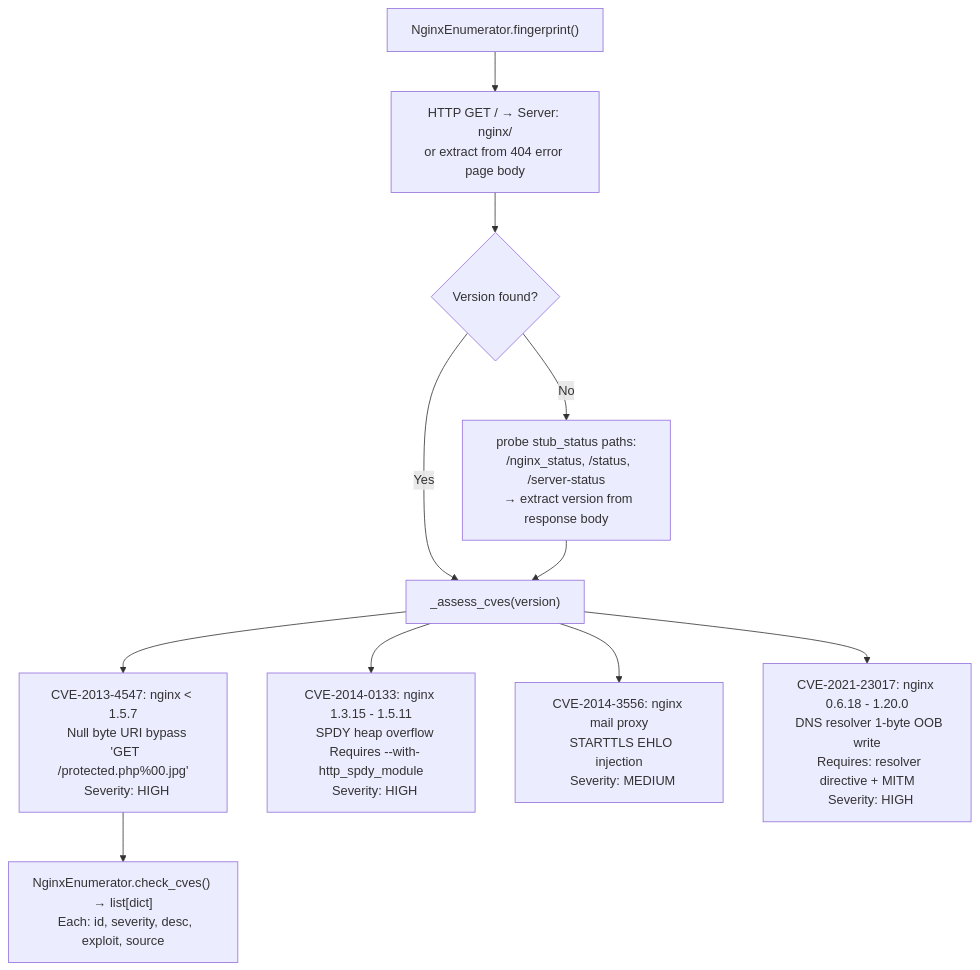
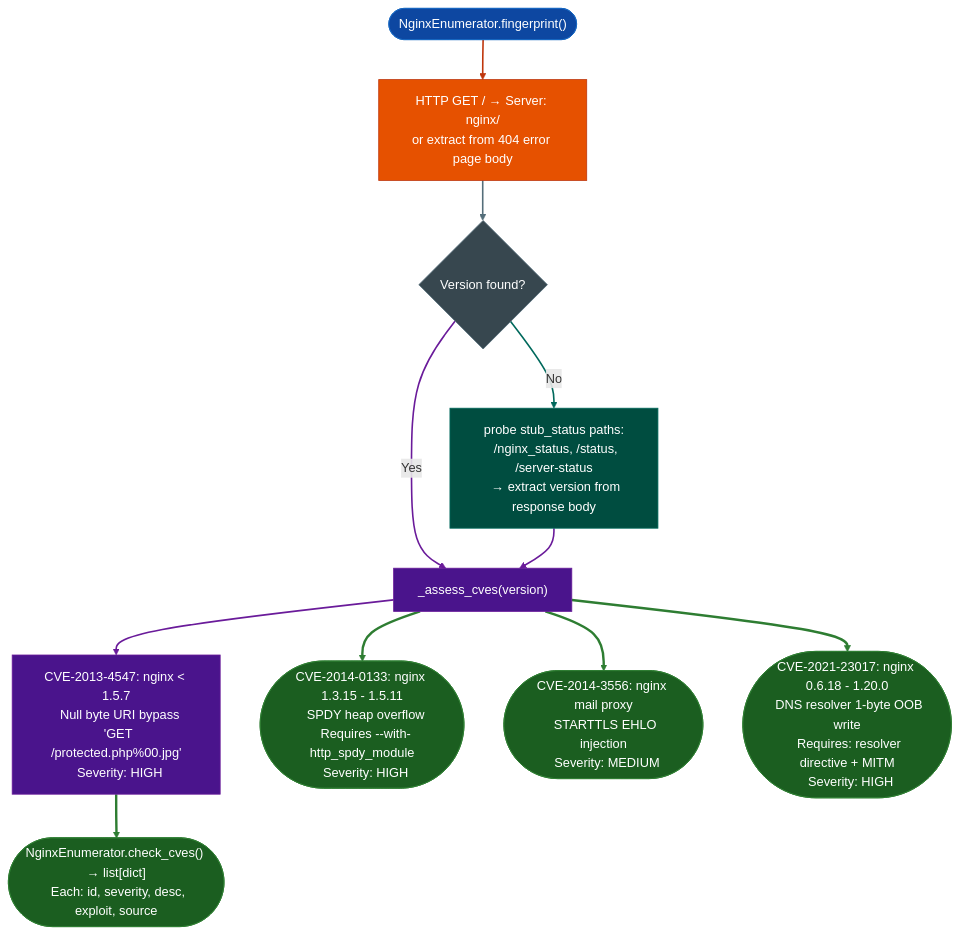
One commit to Ablation-Tool/ablation changed the diagram in docs/reference-modules/version-linked-web-checks.md. Above: the diagram before and after it, drawn with Mermaid. The commit also changed 320 other files, not shown here.

First line of the commit message:
docs: apply canonical Mermaid template to all 321 diagrams

````diff
--- a/docs/reference-modules/version-linked-web-checks.md
+++ b/docs/reference-modules/version-linked-web-checks.md
@@ -19,13 +19,29 @@
 ```mermaid
 flowchart TD
-    A["NginxEnumerator.fingerprint()"] --> B["HTTP GET / → Server: nginx/<version>\nor extract from 404 error page body"]
-    B --> C{"Version found?"}
-    C -->|No| D["probe stub_status paths:\n  /nginx_status, /status, /server-status\n  → extract version from response body"]
-    C -->|Yes| E["_assess_cves(version)"]
-    D --> E
-    E --> F["CVE-2013-4547: nginx < 1.5.7\n  Null byte URI bypass\n  'GET /protected.php%00.jpg'\n  Severity: HIGH"]
-    E --> G["CVE-2014-0133: nginx 1.3.15 - 1.5.11\n  SPDY heap overflow\n  Requires --with-http_spdy_module\n  Severity: HIGH"]
-    E --> H["CVE-2014-3556: nginx mail proxy\n  STARTTLS EHLO injection\n  Severity: MEDIUM"]
-    E --> I["CVE-2021-23017: nginx 0.6.18 - 1.20.0\n  DNS resolver 1-byte OOB write\n  Requires: resolver directive + MITM\n  Severity: HIGH"]
-    F --> J["NginxEnumerator.check_cves() → list[dict]\n  Each: id, severity, desc, exploit, source"]
+    A(["NginxEnumerator.fingerprint()"]):::input --> B["HTTP GET / → Server: nginx/<version>\nor extract from 404 error page body"]:::primary
+    B:::primary --> C{"Version found?"}:::neutral
+    C:::neutral -->|No| D["probe stub_status paths:\n  /nginx_status, /status, /server-status\n  → extract version from response body"]:::secondary
+    C:::neutral -->|Yes| E["_assess_cves(version)"]:::tertiary
+    D:::secondary --> E:::tertiary
+    E:::tertiary --> F["CVE-2013-4547: nginx < 1.5.7\n  Null byte URI bypass\n  'GET /protected.php%00.jpg'\n  Severity: HIGH"]:::tertiary
+    E:::tertiary --> G(["CVE-2014-0133: nginx 1.3.15 - 1.5.11\n  SPDY heap overflow\n  Requires --with-http_spdy_module\n  Severity: HIGH"]):::output
+    E:::tertiary --> H(["CVE-2014-3556: nginx mail proxy\n  STARTTLS EHLO injection\n  Severity: MEDIUM"]):::output
+    E:::tertiary --> I(["CVE-2021-23017: nginx 0.6.18 - 1.20.0\n  DNS resolver 1-byte OOB write\n  Requires: resolver directive + MITM\n  Severity: HIGH"]):::output
+    F:::tertiary --> J(["NginxEnumerator.check_cves() → list[dict]\n  Each: id, severity, desc, exploit, source"]):::output
+    classDef input     fill:#0d47a1,stroke:#1565c0,color:#fff
+    classDef primary   fill:#e65100,stroke:#bf360c,color:#fff
+    classDef secondary fill:#004d40,stroke:#00695c,color:#fff
+    classDef tertiary  fill:#4a148c,stroke:#6a1b9a,color:#fff
+    classDef neutral   fill:#37474f,stroke:#546e7a,color:#fff
+    classDef output    fill:#1b5e20,stroke:#2e7d32,color:#fff
+    linkStyle 0 stroke:#bf360c,stroke-width:2px
+    linkStyle 1 stroke:#546e7a,stroke-width:2px
+    linkStyle 2 stroke:#00695c,stroke-width:2px
+    linkStyle 3 stroke:#6a1b9a,stroke-width:2px
+    linkStyle 4 stroke:#6a1b9a,stroke-width:2px
+    linkStyle 5 stroke:#6a1b9a,stroke-width:2px
+    linkStyle 6 stroke:#2e7d32,stroke-width:3px
+    linkStyle 7 stroke:#2e7d32,stroke-width:3px
+    linkStyle 8 stroke:#2e7d32,stroke-width:3px
+    linkStyle 9 stroke:#2e7d32,stroke-width:3px
 ```
````
